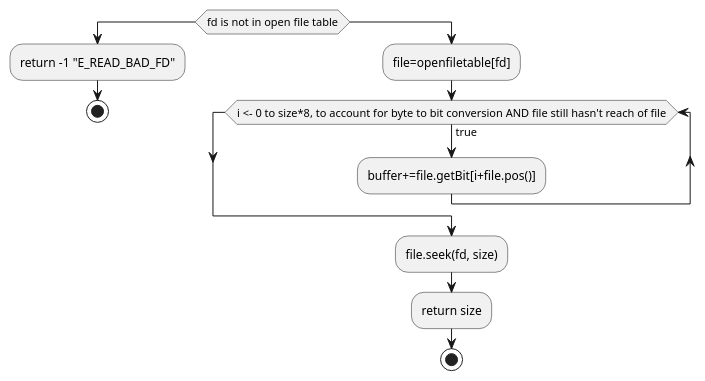
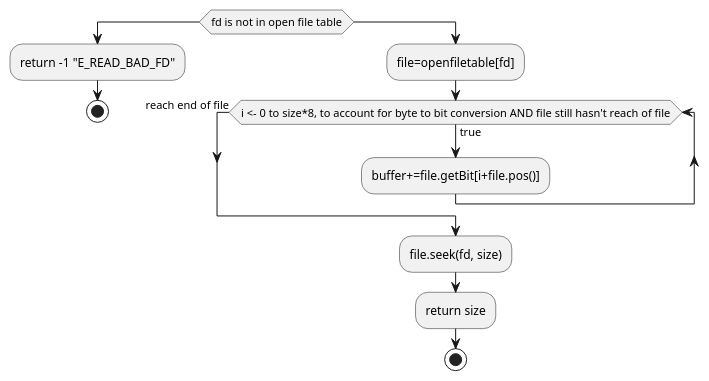
One commit to HawaiinPizza/CIS-450-final-project changed the eighth of 21 diagrams in Plan.org. Above: the diagram before and after it, drawn with PlantUML. The commit also changed other lines of this file and 26 other files, not shown here.

```diff
--- a/Plan.org
+++ b/Plan.org
@@ -505,18 +440,18 @@
      #+BEGIN_SRC plantuml  :file Plant/FileREAD.png
      @startuml
 	if(fd is not in open file table)
 		:return -1 "E_READ_BAD_FD";
 		stop
 	else
 		:file=openfiletable[fd];
 		while (i <- 0 to size*8, to account for byte to bit conversion AND file still hasn't reach of file) is (true)
 			:buffer+=file.getBit[i+file.pos()];
 			
-		endwhile
+		endwhile (reach end of file)
 		:file.seek(fd, size);
 		:return size;
 		stop
 		
 	endif
 	@enduml
      #+END_SRC
```
